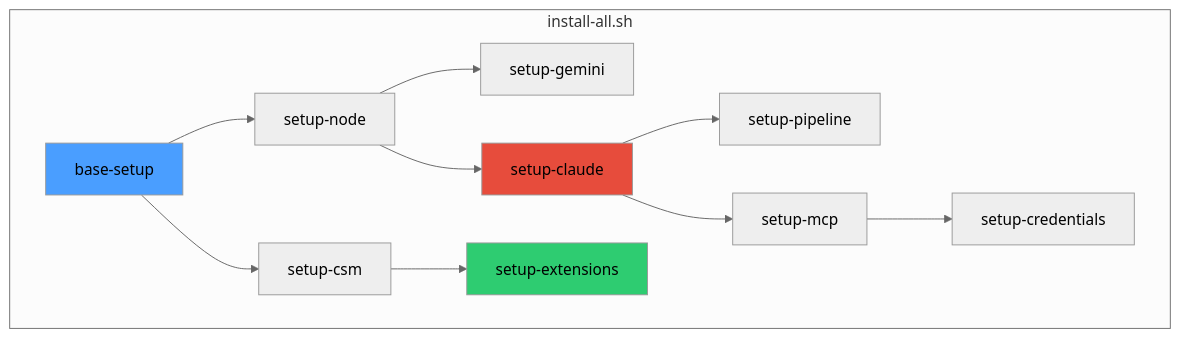
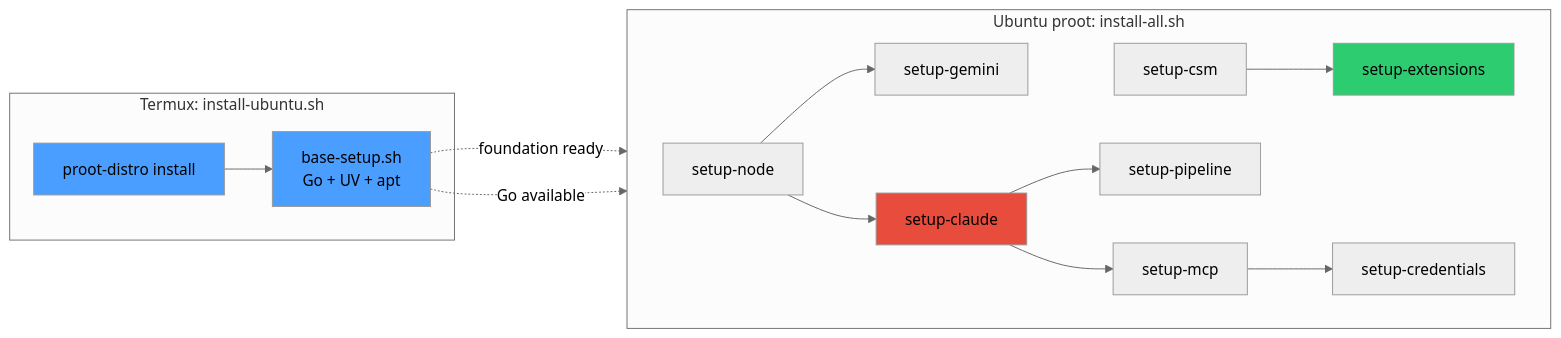
The second of 6 diagrams in README.md (ancrz/termux-linux-deployer), drawn with Mermaid (neutral theme) before and after one commit. The commit also changed other lines of this file and 1 other file, not shown here.

Commit message:
fix: decouple base-setup from install-all.sh
base-setup.sh is part of Ubuntu provisioning (runs via install-ubuntu.sh
from Termux side). install-all.sh is the application layer that assumes
the foundation (Go, UV, system packages) is already present.

Removed base-setup.sh from install-all.sh to respect this architecture.
Updated README pipeline diagram and docs to reflect the two-layer design:
Termux provisions → Ubuntu proot executes.

````diff
--- a/README.md
+++ b/README.md
@@ -65,18 +65,24 @@
 ```mermaid
 flowchart LR
-    subgraph "install-all.sh"
+    subgraph "Termux: install-ubuntu.sh"
+        UB["proot-distro install"] --> BS["base-setup.sh<br/>Go + UV + apt"]
+    end
+
+    subgraph "Ubuntu proot: install-all.sh"
         direction LR
-        BS["base-setup"] --> ND["setup-node"]
-        ND --> GM["setup-gemini"]
+        ND["setup-node"] --> GM["setup-gemini"]
         ND --> CL["setup-claude"]
-        BS --> CSM["setup-csm"]
+        CSM["setup-csm"] --> EX["setup-extensions"]
         CL --> PL["setup-pipeline"]
         CL --> MCP["setup-mcp"]
         MCP --> CR["setup-credentials"]
-        CSM --> EX["setup-extensions"]
     end
 
+    BS -.->|"foundation ready"| ND
+    BS -.->|"Go available"| CSM
+
     style BS fill:#4a9eff
+    style UB fill:#4a9eff
     style EX fill:#2ecc71
     style CL fill:#e74c3c
 ```
````
